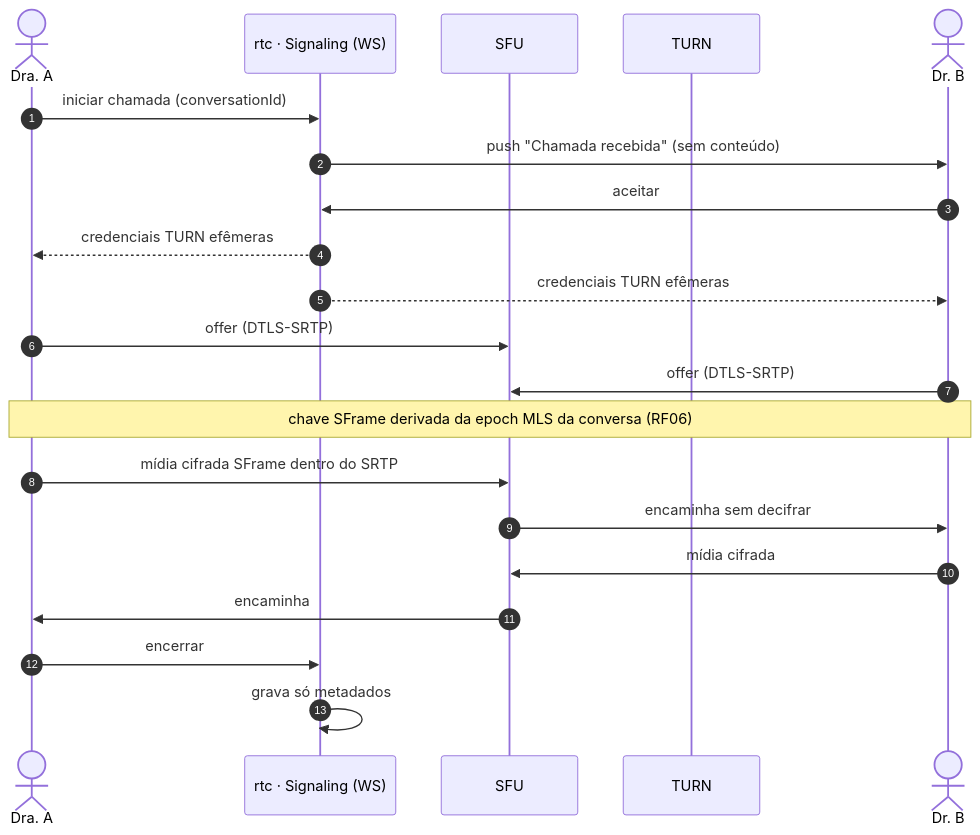
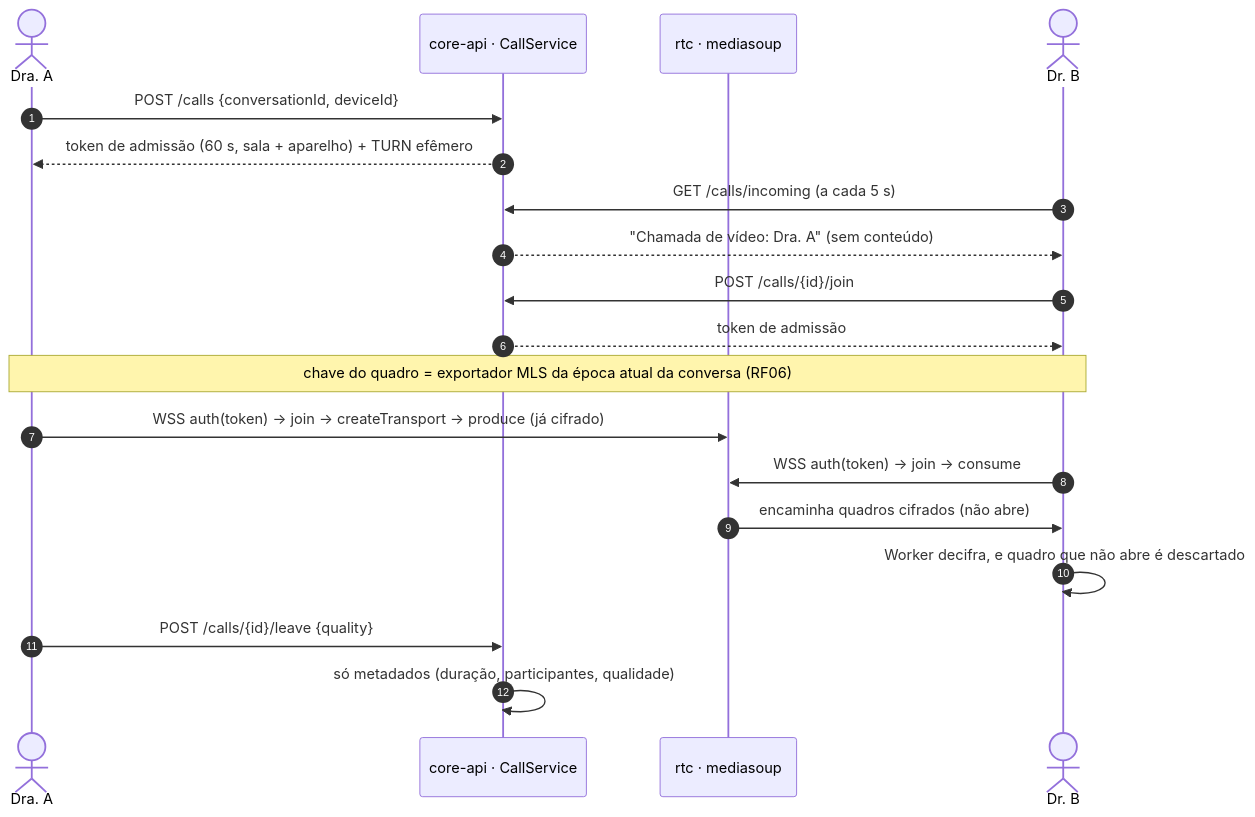
One commit to MatheusHaliski/doctor_explorer changed the third of 5 diagrams in docs/rf/RF07-video-e2ee.md. Above: the diagram before and after it, drawn with Mermaid. The commit also changed other lines of this file and 40 other files, not shown here.

````diff
--- a/docs/rf/RF07-video-e2ee.md
+++ b/docs/rf/RF07-video-e2ee.md
@@ -101,23 +129,21 @@
 ```mermaid
 sequenceDiagram
     autonumber
     actor A as Dra. A
-    participant S as rtc · Signaling (WS)
-    participant SFU as SFU
-    participant T as TURN
+    participant C as core-api · CallService
+    participant R as rtc · mediasoup
     actor B as Dr. B
-    A->>S: iniciar chamada (conversationId)
-    S->>B: push "Chamada recebida" (sem conteúdo)
-    B->>S: aceitar
-    S-->>A: credenciais TURN efêmeras
-    S-->>B: credenciais TURN efêmeras
-    A->>SFU: offer (DTLS-SRTP)
-    B->>SFU: offer (DTLS-SRTP)
-    Note over A,B: chave SFrame derivada da epoch MLS da conversa (RF06)
-    A->>SFU: mídia cifrada SFrame dentro do SRTP
-    SFU->>B: encaminha sem decifrar
-    B->>SFU: mídia cifrada
-    SFU->>A: encaminha
-    A->>S: encerrar
-    S->>S: grava só metadados
+    A->>C: POST /calls {conversationId, deviceId}
+    C-->>A: token de admissão (60 s, sala + aparelho) + TURN efêmero
+    B->>C: GET /calls/incoming (a cada 5 s)
+    C-->>B: "Chamada de vídeo: Dra. A" (sem conteúdo)
+    B->>C: POST /calls/{id}/join
+    C-->>B: token de admissão
+    Note over A,B: chave do quadro = exportador MLS da época atual da conversa (RF06)
+    A->>R: WSS auth(token) → join → createTransport → produce (já cifrado)
+    B->>R: WSS auth(token) → join → consume
+    R->>B: encaminha quadros cifrados (não abre)
+    B->>B: Worker decifra, e quadro que não abre é descartado
+    A->>C: POST /calls/{id}/leave {quality}
+    C->>C: só metadados (duração, participantes, qualidade)
 ```
````
